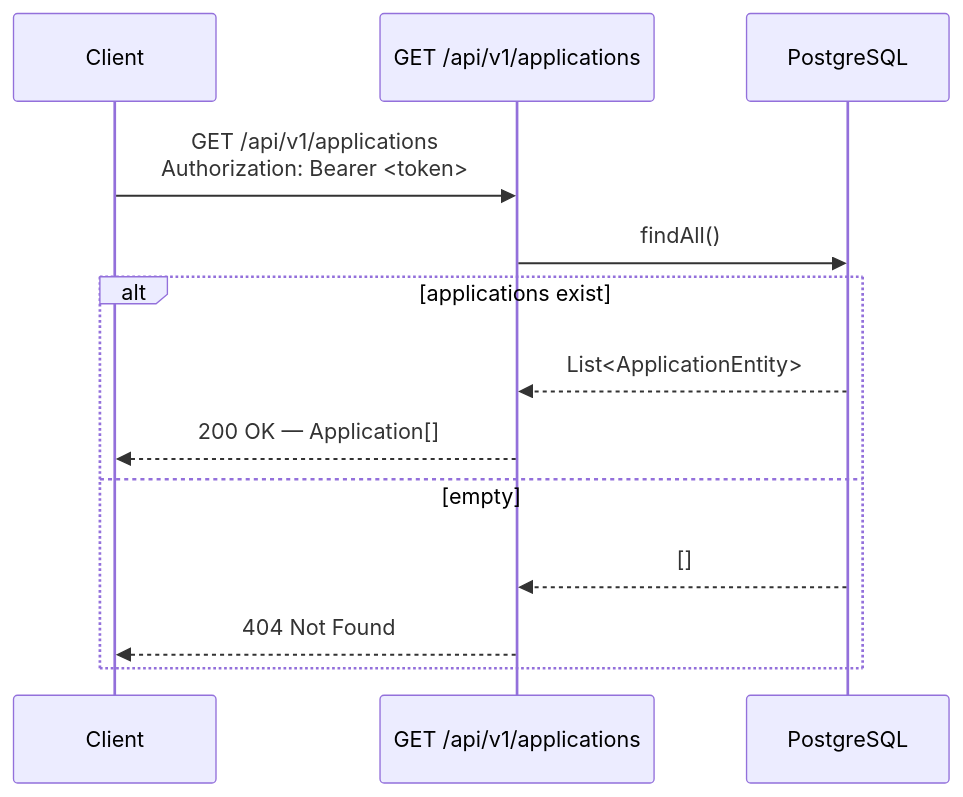
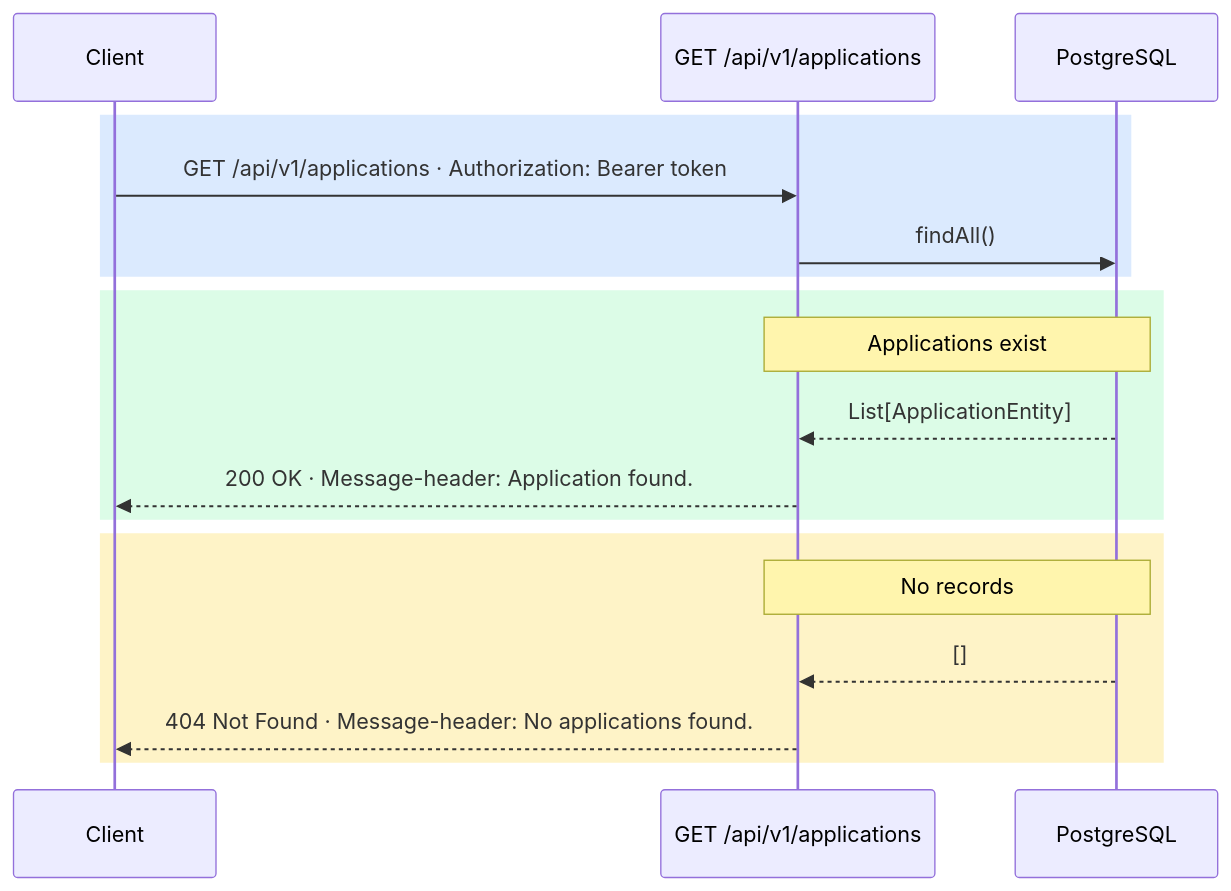
The fourth of 8 diagrams in docs/v1/04-application-client.md (lanmata/backbone-rest), drawn with Mermaid before and after one commit. The commit also changed other lines of this file and 47 other files, not shown here.

Commit message:
feat(Application): implement complete CRUD REST endpoints for applications

````diff
--- a/docs/v1/04-application-client.md
+++ b/docs/v1/04-application-client.md
@@ -149,16 +198,23 @@
 ```mermaid
 sequenceDiagram
     participant C as Client
     participant API as GET /api/v1/applications
     participant DB as PostgreSQL
 
-    C->>API: GET /api/v1/applications<br/>Authorization: Bearer <token>
-    API->>DB: findAll()
-    alt applications exist
-        DB-->>API: List<ApplicationEntity>
-        API-->>C: 200 OK — Application[]
-    else empty
+    rect rgb(219,234,254)
+        C->>API: GET /api/v1/applications · Authorization: Bearer token
+        API->>DB: findAll()
+    end
+
+    rect rgb(220,252,231)
+        note over DB,API: Applications exist
+        DB-->>API: List[ApplicationEntity]
+        API-->>C: 200 OK · Message-header: Application found.
+    end
+
+    rect rgb(254,243,199)
+        note over DB,API: No records
         DB-->>API: []
-        API-->>C: 404 Not Found
+        API-->>C: 404 Not Found · Message-header: No applications found.
     end
 ```
````
